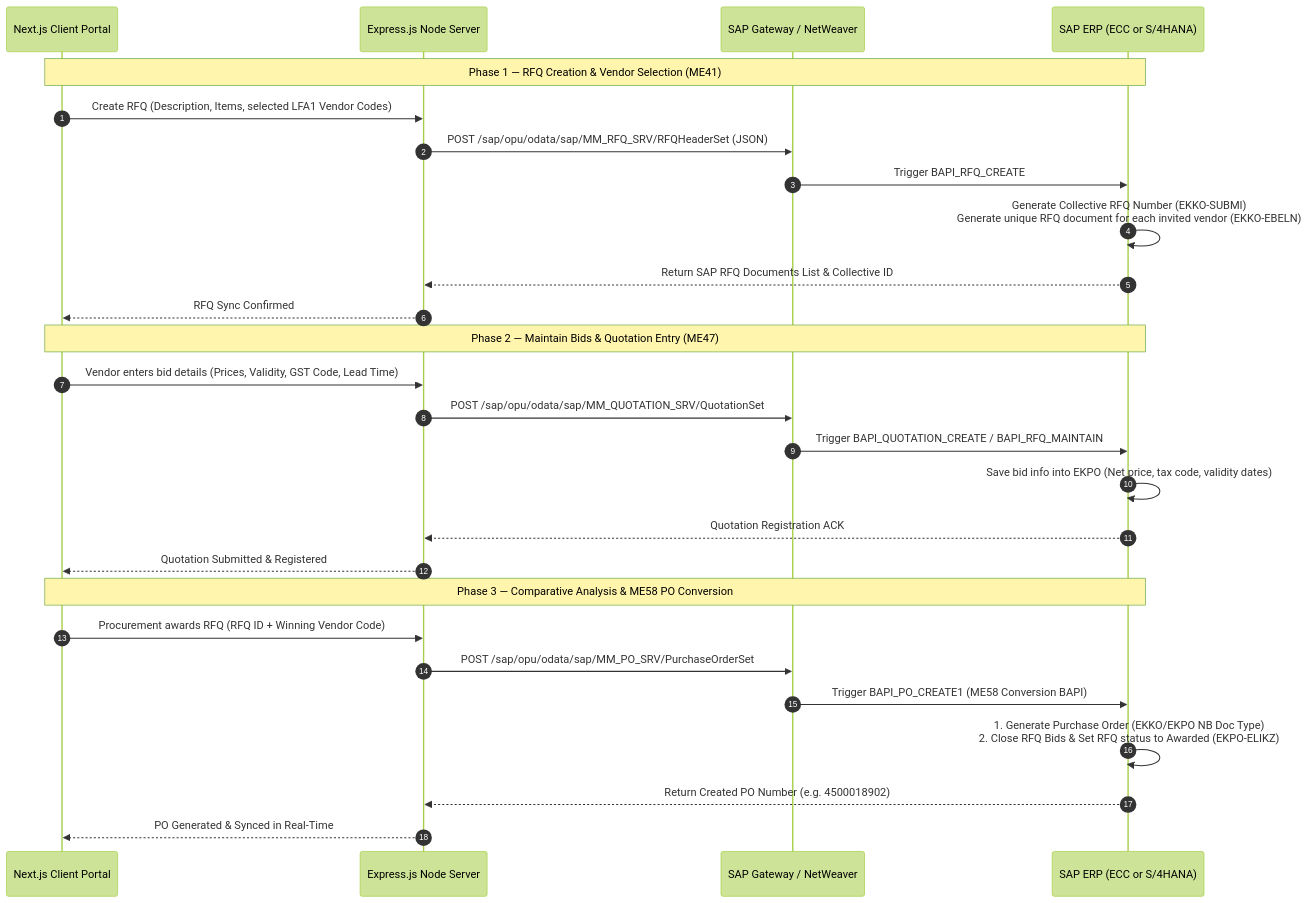
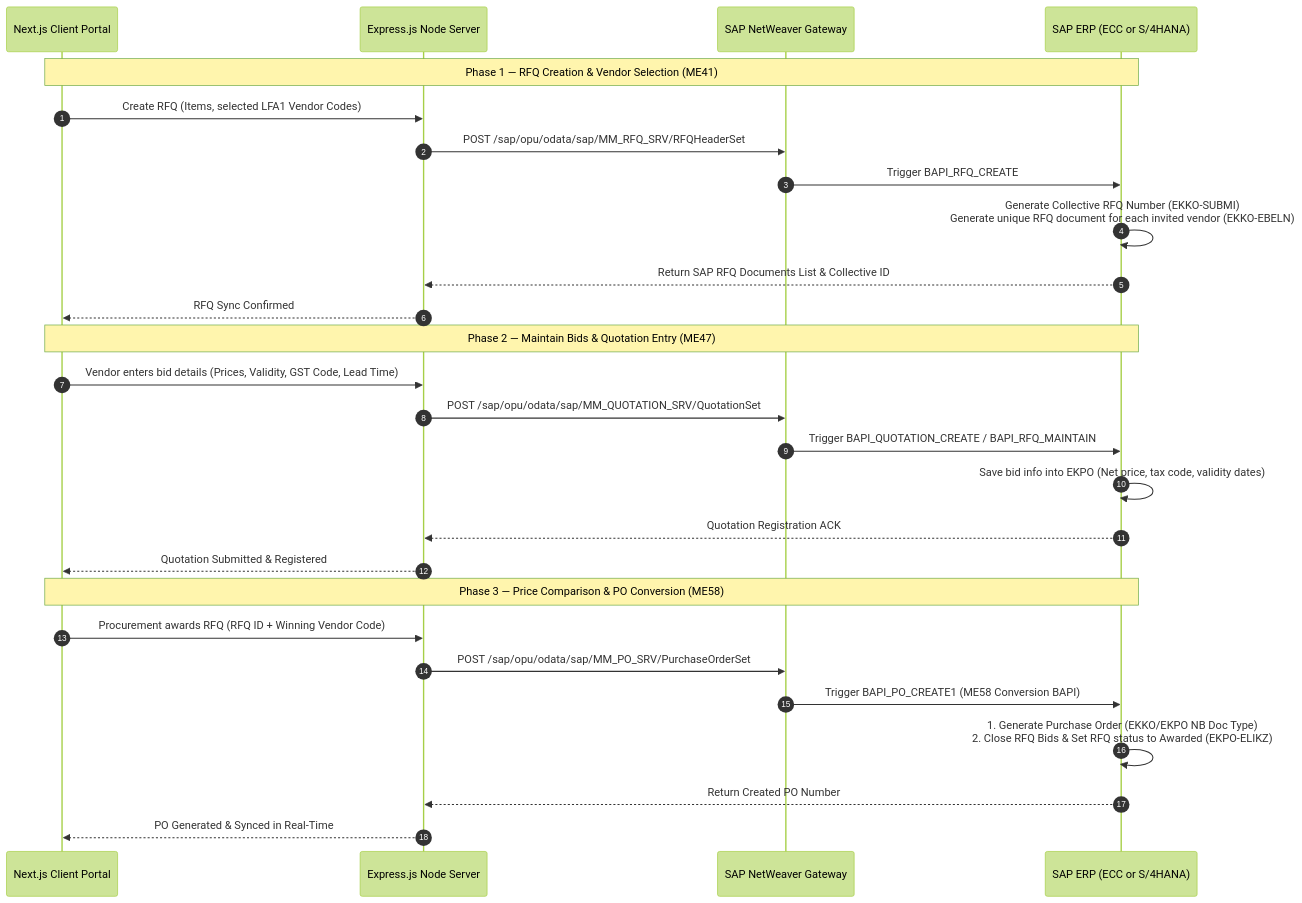
Before and after one commit to devansh-7-gte/sap_vendor_portal: the first of 2 diagrams in workflow/SAP_Communication.md, drawn with Mermaid (forest theme). The commit also changed other lines of this file and 84 other files, not shown here.

````diff
--- a/workflow/SAP_Communication.md
+++ b/workflow/SAP_Communication.md
@@ -33,32 +51,32 @@
 ```mermaid
 sequenceDiagram
     autonumber
     participant Portal as Next.js Client Portal
     participant Node as Express.js Node Server
-    participant Gateway as SAP Gateway / NetWeaver
+    participant Gateway as SAP NetWeaver Gateway
     participant SAP as SAP ERP (ECC or S/4HANA)
 
     Note over Portal, SAP: Phase 1 — RFQ Creation & Vendor Selection (ME41)
-    Portal->>Node: Create RFQ (Description, Items, selected LFA1 Vendor Codes)
-    Node->>Gateway: POST /sap/opu/odata/sap/MM_RFQ_SRV/RFQHeaderSet (JSON)
+    Portal->>Node: Create RFQ (Items, selected LFA1 Vendor Codes)
+    Node->>Gateway: POST /sap/opu/odata/sap/MM_RFQ_SRV/RFQHeaderSet
     Gateway->>SAP: Trigger BAPI_RFQ_CREATE
     SAP->>SAP: Generate Collective RFQ Number (EKKO-SUBMI)<br/>Generate unique RFQ document for each invited vendor (EKKO-EBELN)
     SAP-->>Node: Return SAP RFQ Documents List & Collective ID
     Node-->>Portal: RFQ Sync Confirmed
 
     Note over Portal, SAP: Phase 2 — Maintain Bids & Quotation Entry (ME47)
     Portal->>Node: Vendor enters bid details (Prices, Validity, GST Code, Lead Time)
     Node->>Gateway: POST /sap/opu/odata/sap/MM_QUOTATION_SRV/QuotationSet
     Gateway->>SAP: Trigger BAPI_QUOTATION_CREATE / BAPI_RFQ_MAINTAIN
     SAP->>SAP: Save bid info into EKPO (Net price, tax code, validity dates)
     SAP-->>Node: Quotation Registration ACK
     Node-->>Portal: Quotation Submitted & Registered
 
-    Note over Portal, SAP: Phase 3 — Comparative Analysis & ME58 PO Conversion
+    Note over Portal, SAP: Phase 3 — Price Comparison & PO Conversion (ME58)
     Portal->>Node: Procurement awards RFQ (RFQ ID + Winning Vendor Code)
     Node->>Gateway: POST /sap/opu/odata/sap/MM_PO_SRV/PurchaseOrderSet
     Gateway->>SAP: Trigger BAPI_PO_CREATE1 (ME58 Conversion BAPI)
     SAP->>SAP: 1. Generate Purchase Order (EKKO/EKPO NB Doc Type)<br/>2. Close RFQ Bids & Set RFQ status to Awarded (EKPO-ELIKZ)
-    SAP-->>Node: Return Created PO Number (e.g. 4500018902)
+    SAP-->>Node: Return Created PO Number
     Node-->>Portal: PO Generated & Synced in Real-Time
 ```
````
